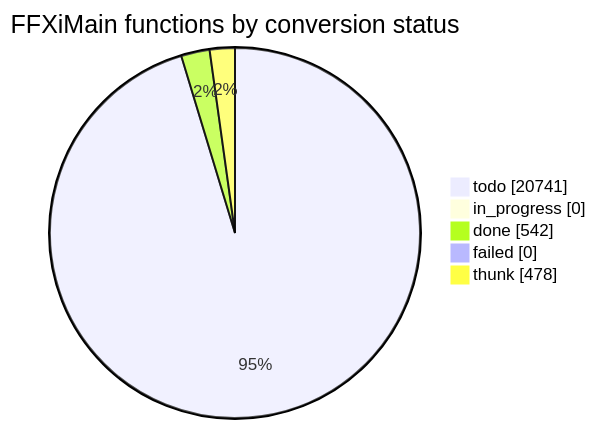
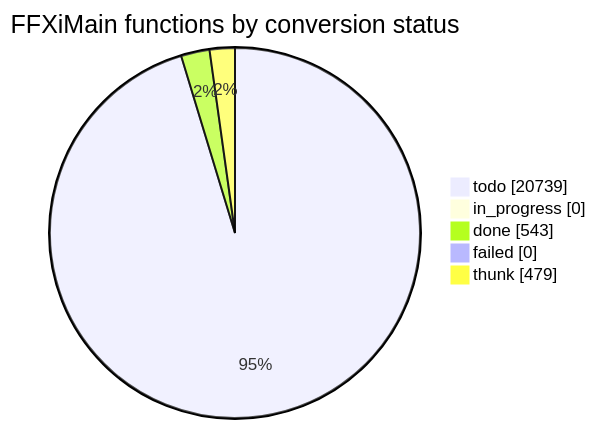
The diagram in docs/cow/STATUS.md (cowrevenge/cow_kuluu_xi_anything), drawn with Mermaid before and after one commit. The commit also changed other lines of this file and 9 other files, not shown here.

````diff
--- a/docs/cow/STATUS.md
+++ b/docs/cow/STATUS.md
@@ -18,9 +18,9 @@
 ```mermaid
 pie showData
     title FFXiMain functions by conversion status
-    "todo" : 20741
+    "todo" : 20739
     "in_progress" : 0
-    "done" : 542
+    "done" : 543
     "failed" : 0
-    "thunk" : 478
+    "thunk" : 479
 ```
````
